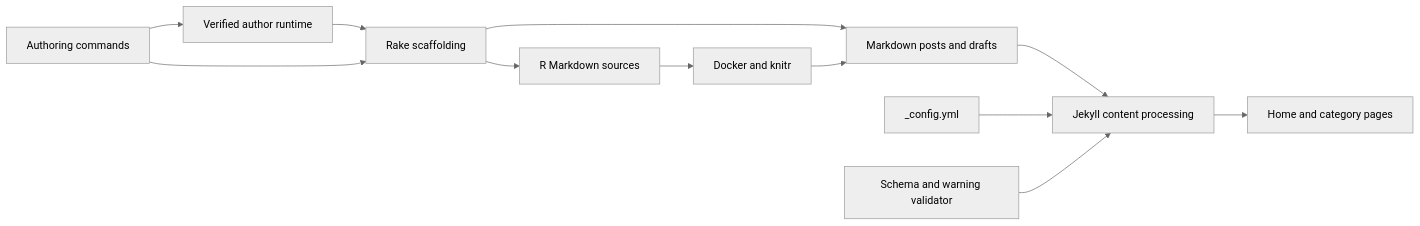
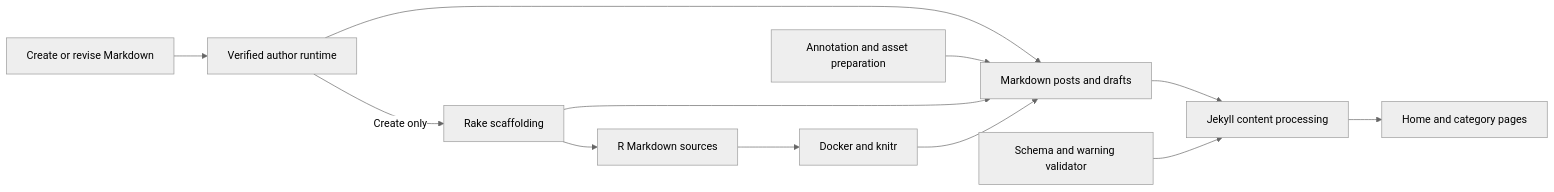
Before and after one commit to theclue/gabrielebaldassarre.com: the diagram in wiki/modules/blog-content.md, drawn with Mermaid (neutral theme). The commit also changed other lines of this file and 30 other files, not shown here.

````diff
--- a/wiki/modules/blog-content.md
+++ b/wiki/modules/blog-content.md
@@ -148,14 +210,14 @@
 ```mermaid
 graph LR
-    Commands["Authoring commands"] --> Runtime["Verified author runtime"]
-    Runtime --> Rake["Rake scaffolding"]
-    Commands --> Rake
-    Rake --> Markdown["Markdown posts and drafts"]
+    Commands["Create or revise Markdown"] --> Runtime["Verified author runtime"]
+    Runtime -->|Create only| Rake["Rake scaffolding"]
+    Runtime --> Markdown["Markdown posts and drafts"]
+    Annotation["Annotation and asset preparation"] --> Markdown
+    Rake --> Markdown
     Rake --> Rmd["R Markdown sources"]
     Rmd --> Knitr["Docker and knitr"]
     Knitr --> Markdown
     Markdown --> Jekyll["Jekyll content processing"]
-    Config["_config.yml"] --> Jekyll
     Validation["Schema and warning validator"] --> Jekyll
     Jekyll --> Views["Home and category pages"]
 ```
````
